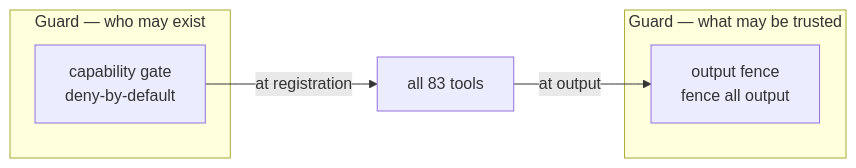
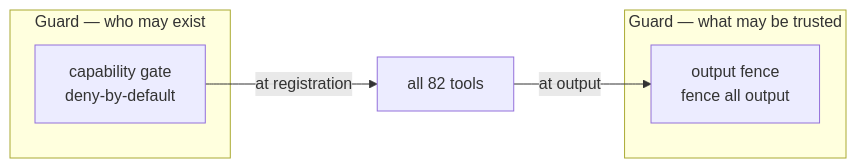
The fourth of 4 diagrams in docs/architecture.md (m2ux/tradingview-mcp), drawn with Mermaid before and after one commit. The commit also changed other lines of this file and 11 other files, not shown here.

````diff
--- a/docs/architecture.md
+++ b/docs/architecture.md
@@ -181,13 +181,13 @@
 ```mermaid
 flowchart LR
     subgraph "Guard — who may exist"
         CAP["capability gate<br/>deny-by-default"]
     end
     subgraph "Guard — what may be trusted"
         FMT2["output fence<br/>fence all output"]
     end
-    ALL["all 83 tools"]
+    ALL["all 82 tools"]
 
     CAP -->|at registration| ALL
     ALL -->|at output| FMT2
 ```
````
